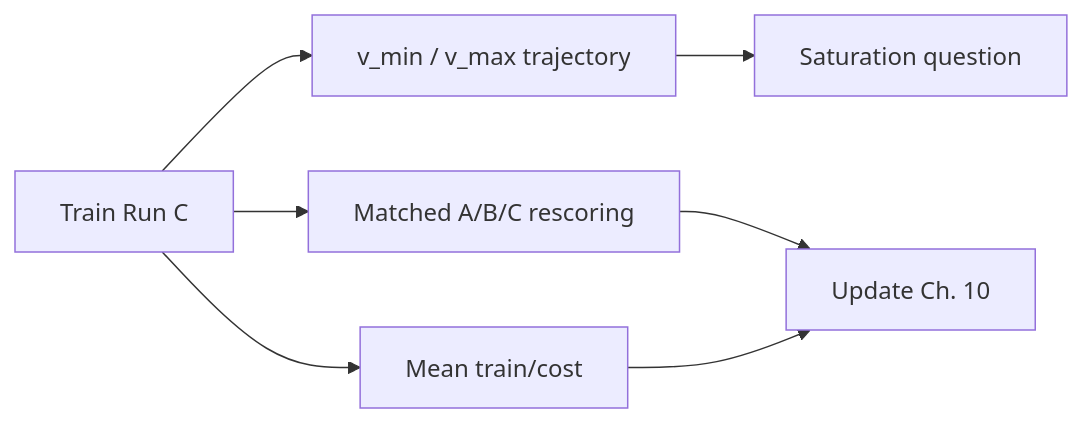
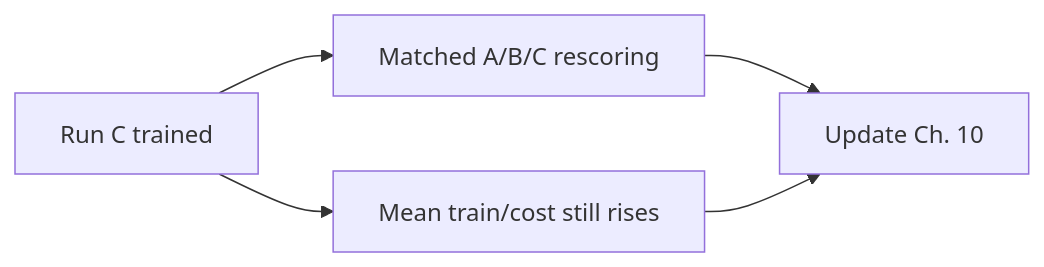
Before and after one commit to wendymaboa/Safe-RL-MinMax: the diagram in docs/worklog/11-open-questions.md, drawn with Mermaid. The commit also changed other lines of this file and 14 other files, not shown here.

````diff
--- a/docs/worklog/11-open-questions.md
+++ b/docs/worklog/11-open-questions.md
@@ -12,9 +12,7 @@
 ```mermaid
 flowchart LR
-  C[Train Run C] --> V[v_min / v_max trajectory]
-  C --> Probe[Matched A/B/C rescoring]
-  C --> Drift[Mean train/cost]
-  Probe --> Claim[Update Ch. 10]
+  Done[Run C trained] --> Rescore[Matched A/B/C rescoring]
+  Done --> Drift[Mean train/cost still rises]
+  Rescore --> Claim[Update Ch. 10]
   Drift --> Claim
-  V --> Sat[Saturation question]
 ```
````
